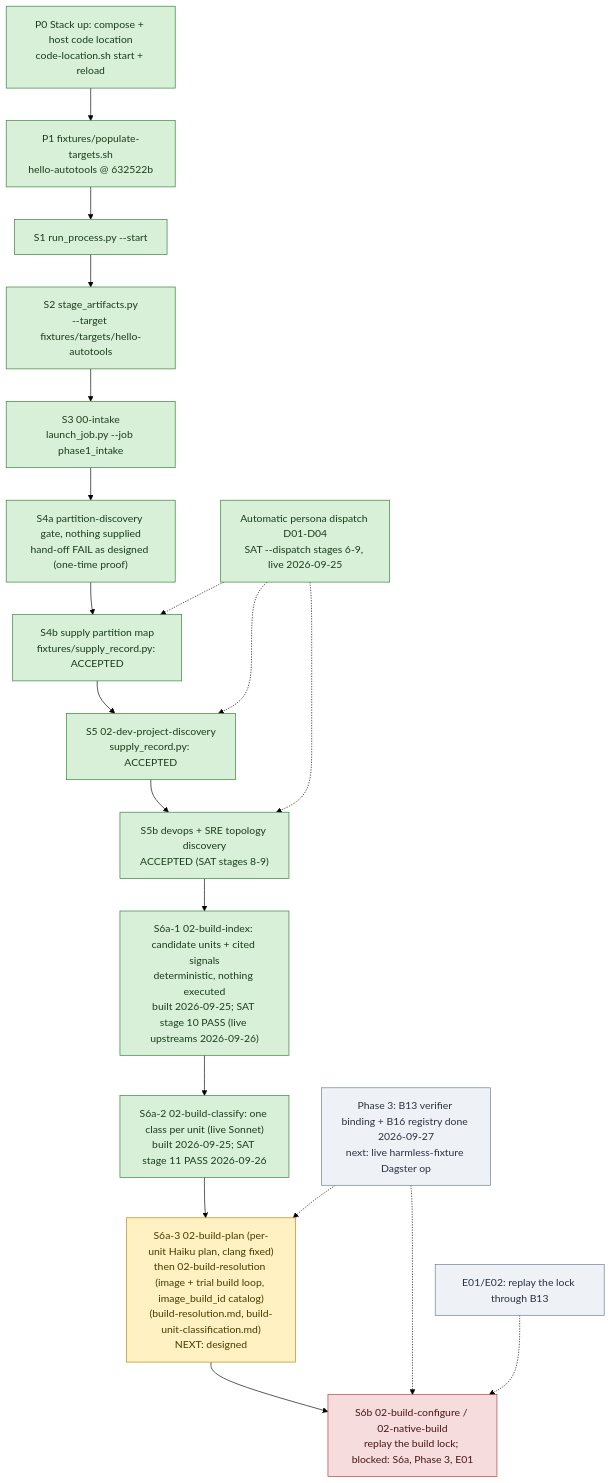
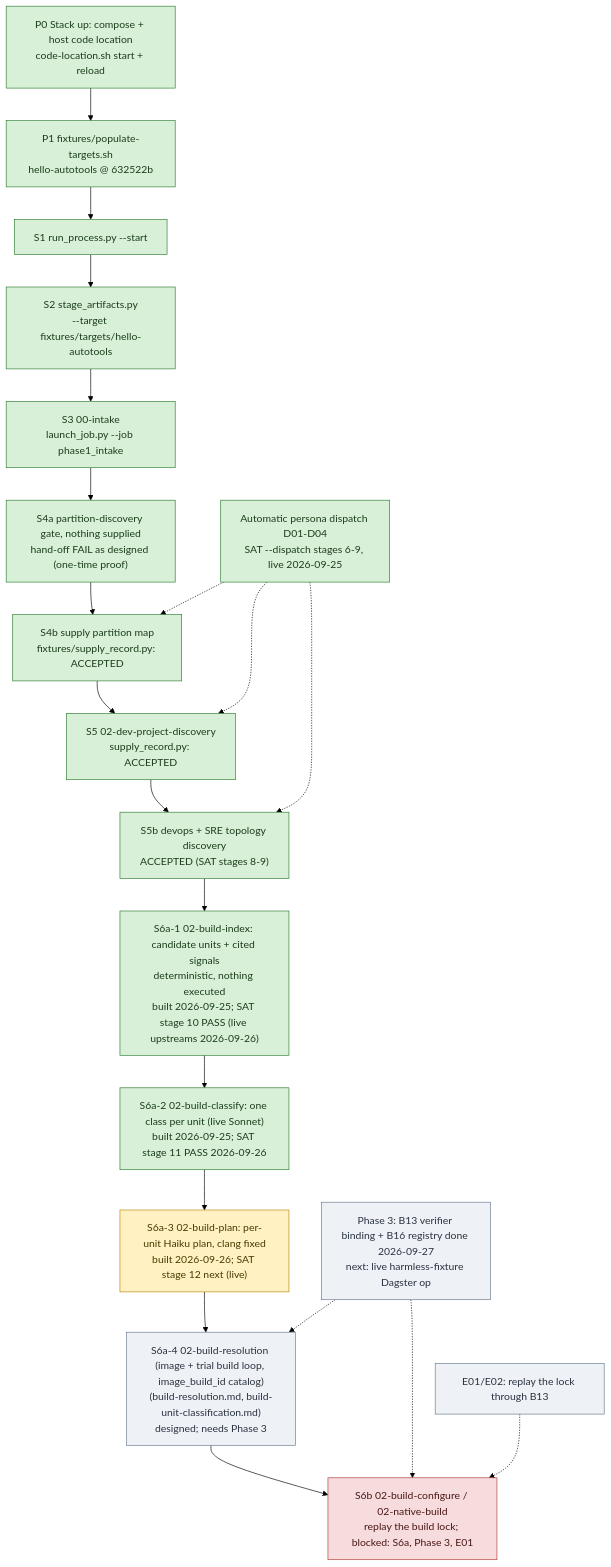
The diagram in docs/processes/flow-bringup.md (wsollers/appsec-review), drawn with Mermaid (forest theme) before and after one commit. The commit also changed 6 other files, not shown here.

````diff
--- a/docs/processes/flow-bringup.md
+++ b/docs/processes/flow-bringup.md
@@ -20,32 +20,33 @@
 ```mermaid
 flowchart TD
   P0["P0 Stack up: compose + host code location<br/>code-location.sh start + reload"]:::done
   P1["P1 fixtures/populate-targets.sh<br/>hello-autotools @ 632522b"]:::done
   S1["S1 run_process.py --start"]:::done
   S2["S2 stage_artifacts.py<br/>--target fixtures/targets/hello-autotools"]:::done
   S3["S3 00-intake<br/>launch_job.py --job phase1_intake"]:::done
   S4a["S4a partition-discovery gate, nothing supplied<br/>hand-off FAIL as designed (one-time proof)"]:::done
   S4b["S4b supply partition map<br/>fixtures/supply_record.py: ACCEPTED"]:::done
   S5["S5 02-dev-project-discovery<br/>supply_record.py: ACCEPTED"]:::done
   S5b["S5b devops + SRE topology discovery<br/>ACCEPTED (SAT stages 8-9)"]:::done
   AD["Automatic persona dispatch D01-D04<br/>SAT --dispatch stages 6-9, live 2026-09-25"]:::done
   S6i["S6a-1 02-build-index: candidate units + cited signals<br/>deterministic, nothing executed<br/>built 2026-09-25; SAT stage 10 PASS (live upstreams 2026-09-26)"]:::done
   S6c["S6a-2 02-build-classify: one class per unit (live Sonnet)<br/>built 2026-09-25; SAT stage 11 PASS 2026-09-26"]:::done
-  S6a["S6a-3 02-build-plan (per-unit Haiku plan, clang fixed)<br/>then 02-build-resolution (image + trial build loop, image_build_id catalog)<br/>(build-resolution.md, build-unit-classification.md)<br/>NEXT: designed"]:::next
+  S6p["S6a-3 02-build-plan: per-unit Haiku plan, clang fixed<br/>built 2026-09-26; SAT stage 12 next (live)"]:::next
+  S6a["S6a-4 02-build-resolution (image + trial build loop, image_build_id catalog)<br/>(build-resolution.md, build-unit-classification.md)<br/>designed; needs Phase 3"]:::todo
   S6["S6b 02-build-configure / 02-native-build<br/>replay the build lock; blocked: S6a, Phase 3, E01"]:::blocked
   B13["Phase 3: B13 verifier binding + B16 registry done 2026-09-27<br/>next: live harmless-fixture Dagster op"]:::todo
   E01["E01/E02: replay the lock through B13"]:::todo
 
-  P0 --> P1 --> S1 --> S2 --> S3 --> S4a --> S4b --> S5 --> S5b --> S6i --> S6c --> S6a --> S6
+  P0 --> P1 --> S1 --> S2 --> S3 --> S4a --> S4b --> S5 --> S5b --> S6i --> S6c --> S6p --> S6a --> S6
   AD -.-> S4b
   AD -.-> S5
   AD -.-> S5b
   B13 -.-> S6a
   B13 -.-> S6
   E01 -.-> S6
 
   classDef done fill:#d8f0d8,stroke:#2e7d32,color:#1b3d1b
   classDef next fill:#fff1c2,stroke:#b8860b,color:#4a3a00
   classDef todo fill:#eef1f5,stroke:#6b7a90,color:#2a3240
   classDef blocked fill:#f6dcdc,stroke:#b23b3b,color:#4a1515
 ```
````
